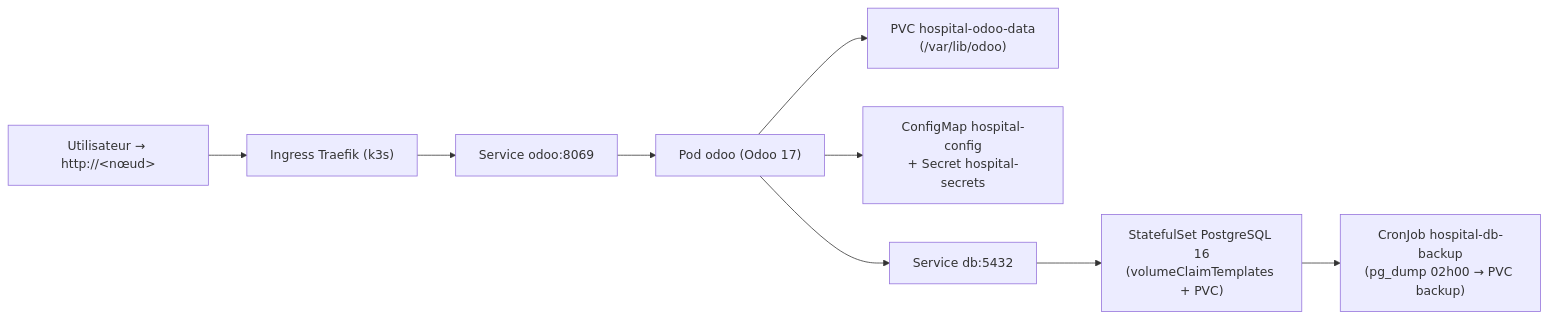
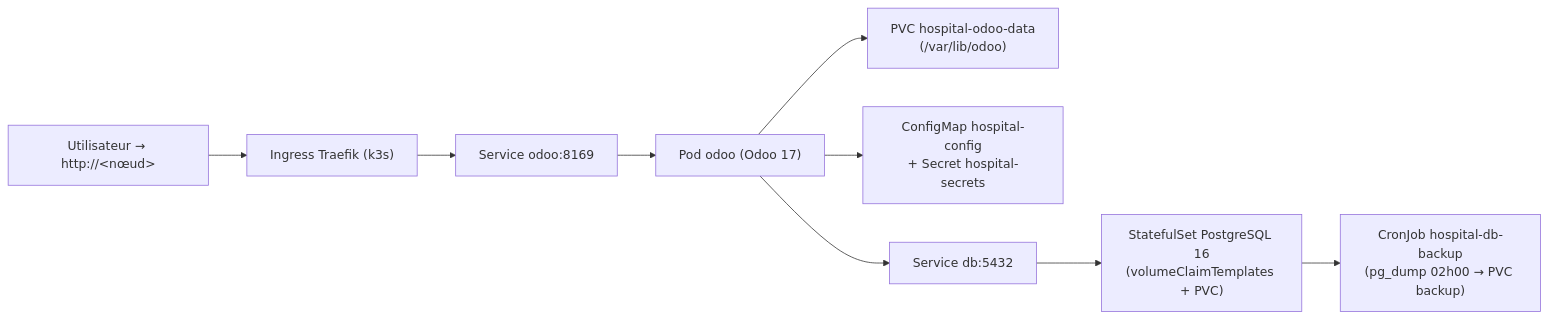
The diagram in k8s/README.md (Armel75/hospital_management_system), drawn with Mermaid before and after one commit. The commit also changed other lines of this file and 5 other files, not shown here.

````diff
--- a/k8s/README.md
+++ b/k8s/README.md
@@ -12,11 +12,11 @@
 ```mermaid
 flowchart LR
     U["Utilisateur → http://&lt;nœud&gt;"] --> I["Ingress Traefik (k3s)"]
-    I --> O["Service odoo:8069"]
+    I --> O["Service odoo:8169"]
     O --> P["Pod odoo (Odoo 17)"]
     P --> F["PVC hospital-odoo-data<br/>(/var/lib/odoo)"]
     P --> C["ConfigMap hospital-config<br/>+ Secret hospital-secrets"]
     P --> D["Service db:5432"]
     D --> DB["StatefulSet PostgreSQL 16<br/>(volumeClaimTemplates + PVC)"]
     DB --> B["CronJob hospital-db-backup<br/>(pg_dump 02h00 → PVC backup)"]
 ```
````
